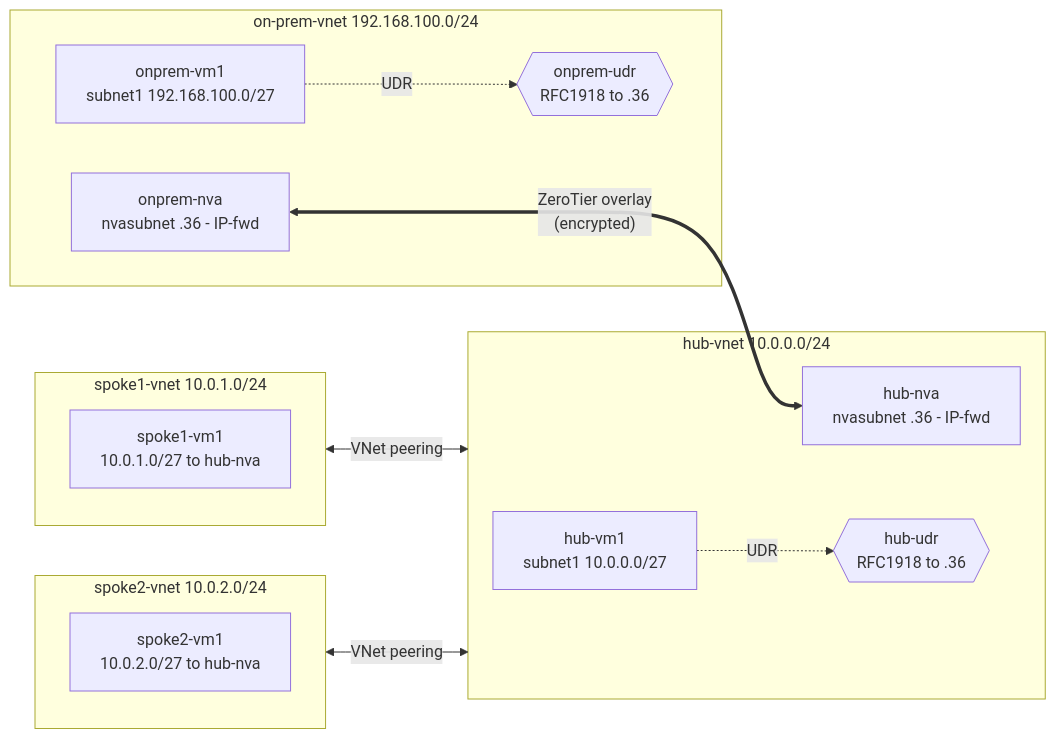
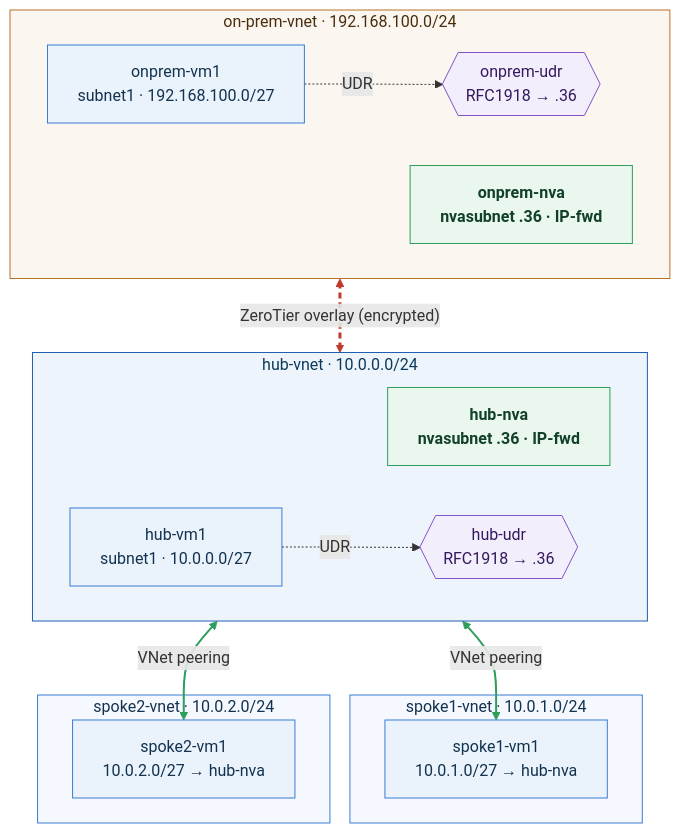
One commit to dmauser/azure-zt-lab changed the diagram in docs/images/scenario1-diagram.mmd. Above: the diagram before and after it, drawn with Mermaid. The commit also changed 15 other files, not shown here.

First line of the commit message:
Automate ZeroTier authorization via REST API; refresh docs and diagrams

```diff
--- a/docs/images/scenario1-diagram.mmd
+++ b/docs/images/scenario1-diagram.mmd
@@ -1,25 +1,52 @@
-flowchart LR
-    subgraph OP["on-prem-vnet 192.168.100.0/24"]
-        OPVM["onprem-vm1<br/>subnet1 192.168.100.0/27"]
-        OPNVA["onprem-nva<br/>nvasubnet .36 - IP-fwd"]
-        OPUDR{{"onprem-udr<br/>RFC1918 to .36"}}
+flowchart TB
+    %% ---- On-prem (top) ----
+    subgraph OP["on-prem-vnet · 192.168.100.0/24"]
+        direction LR
+        OPVM["onprem-vm1<br/>subnet1 · 192.168.100.0/27"]
+        OPUDR{{"onprem-udr<br/>RFC1918 → .36"}}
+        OPNVA["onprem-nva<br/>nvasubnet .36 · IP-fwd"]
         OPVM -. UDR .-> OPUDR
     end
 
-    subgraph HUB["hub-vnet 10.0.0.0/24"]
-        HVM["hub-vm1<br/>subnet1 10.0.0.0/27"]
-        HNVA["hub-nva<br/>nvasubnet .36 - IP-fwd"]
-        HUDR{{"hub-udr<br/>RFC1918 to .36"}}
+    %% ---- Hub (middle) ----
+    subgraph HUB["hub-vnet · 10.0.0.0/24"]
+        direction LR
+        HNVA["hub-nva<br/>nvasubnet .36 · IP-fwd"]
+        HVM["hub-vm1<br/>subnet1 · 10.0.0.0/27"]
+        HUDR{{"hub-udr<br/>RFC1918 → .36"}}
         HVM -. UDR .-> HUDR
     end
 
-    subgraph S1["spoke1-vnet 10.0.1.0/24"]
-        S1VM["spoke1-vm1<br/>10.0.1.0/27 to hub-nva"]
+    %% ---- Spokes (bottom) ----
+    subgraph S1["spoke1-vnet · 10.0.1.0/24"]
+        S1VM["spoke1-vm1<br/>10.0.1.0/27 → hub-nva"]
     end
-    subgraph S2["spoke2-vnet 10.0.2.0/24"]
-        S2VM["spoke2-vm1<br/>10.0.2.0/27 to hub-nva"]
+    subgraph S2["spoke2-vnet · 10.0.2.0/24"]
+        S2VM["spoke2-vm1<br/>10.0.2.0/27 → hub-nva"]
     end
 
-    OPNVA <===>|"ZeroTier overlay<br/>(encrypted)"| HNVA
-    S1 <-->|"VNet peering"| HUB
-    S2 <-->|"VNet peering"| HUB
+    %% ---- Links ----
+    OPNVA <== "ZeroTier overlay (encrypted)" ==> HNVA
+    HVM <-->|"VNet peering"| S1VM
+    HVM <-->|"VNet peering"| S2VM
+
+    %% ---- Node styling ----
+    classDef vm fill:#eaf3fb,stroke:#3a7bd5,color:#12324f;
+    classDef nva fill:#e9f7ef,stroke:#2e9e5b,color:#12402a,font-weight:bold;
+    classDef udr fill:#f3eefb,stroke:#8054c7,color:#341a5e;
+
+    class OPVM,HVM,S1VM,S2VM vm;
+    class OPNVA,HNVA nva;
+    class OPUDR,HUDR udr;
+
+    %% ---- Subgraph styling ----
+    style OP fill:#fbf6ef,stroke:#b5732a,color:#4a2e0e;
+    style HUB fill:#eef4fc,stroke:#1f5fae,color:#0b3a5b;
+    style S1 fill:#f5f9ff,stroke:#3a7bd5,color:#12324f;
+    style S2 fill:#f5f9ff,stroke:#3a7bd5,color:#12324f;
+
+    %% ---- Link styling (index = declaration order) ----
+    %% 0: onprem UDR  1: hub UDR  2: ZeroTier  3: spoke1  4: spoke2
+    linkStyle 2 stroke:#c0392b,stroke-width:3px,stroke-dasharray:6 4;
+    linkStyle 3 stroke:#2e9e5b,stroke-width:2px;
+    linkStyle 4 stroke:#2e9e5b,stroke-width:2px;
```
